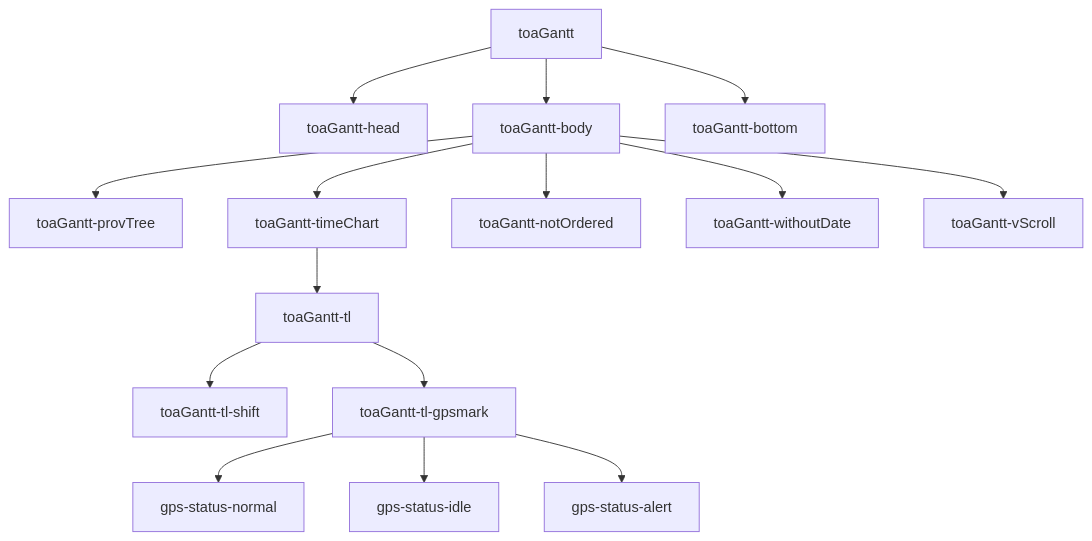
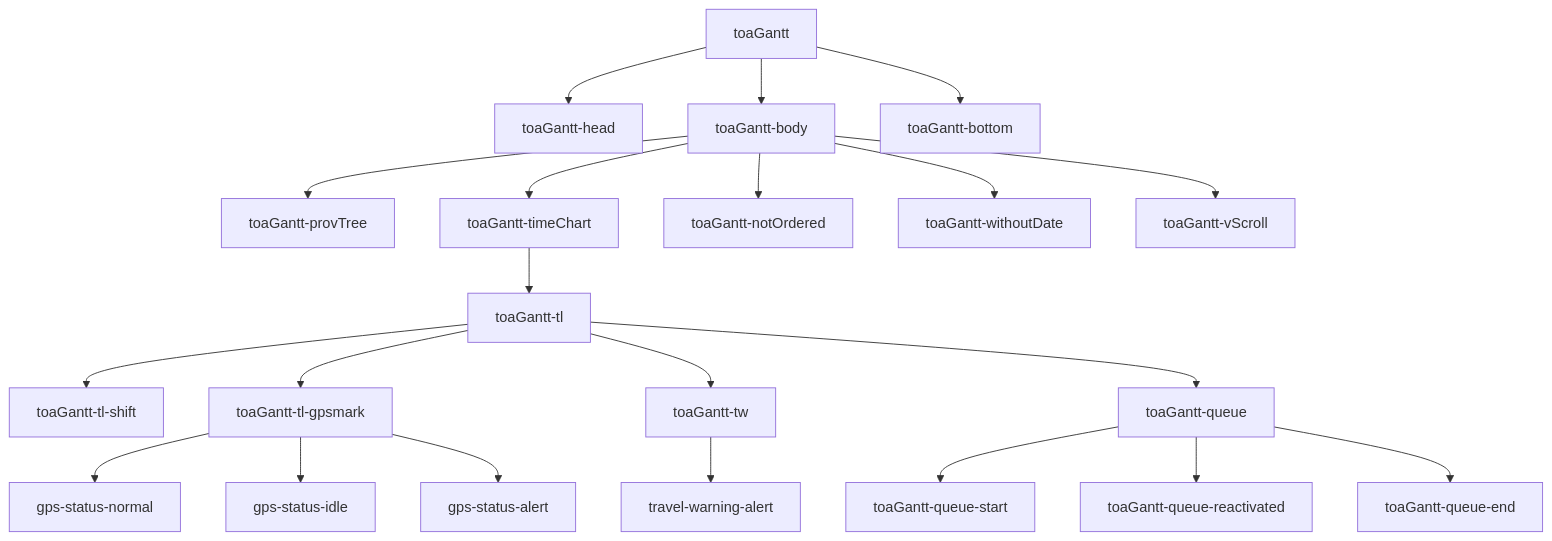
The diagram in doc/STRUCT.md (decimo3/MonitoringFieldTeam), drawn with Mermaid before and after one commit. The commit also changed 1 other file, not shown here.

````diff
--- a/doc/STRUCT.md
+++ b/doc/STRUCT.md
@@ -2,17 +2,23 @@
 ```mermaid
 graph TD;
 toaGantt --> toaGantt-head
 toaGantt --> toaGantt-body
 toaGantt --> toaGantt-bottom
 toaGantt-body --> toaGantt-provTree
 toaGantt-body --> toaGantt-timeChart
 toaGantt-timeChart --> toaGantt-tl
 toaGantt-tl --> toaGantt-tl-shift
 toaGantt-tl --> toaGantt-tl-gpsmark
+toaGantt-tl --> toaGantt-tw
+toaGantt-tl --> toaGantt-queue
+toaGantt-tw --> travel-warning-alert
+toaGantt-queue --> toaGantt-queue-start
+toaGantt-queue --> toaGantt-queue-reactivated
+toaGantt-queue --> toaGantt-queue-end
 toaGantt-tl-gpsmark --> gps-status-normal
 toaGantt-tl-gpsmark --> gps-status-idle
 toaGantt-tl-gpsmark --> gps-status-alert
 toaGantt-body --> toaGantt-notOrdered
 toaGantt-body --> toaGantt-withoutDate
 toaGantt-body --> toaGantt-vScroll
 ```
````
